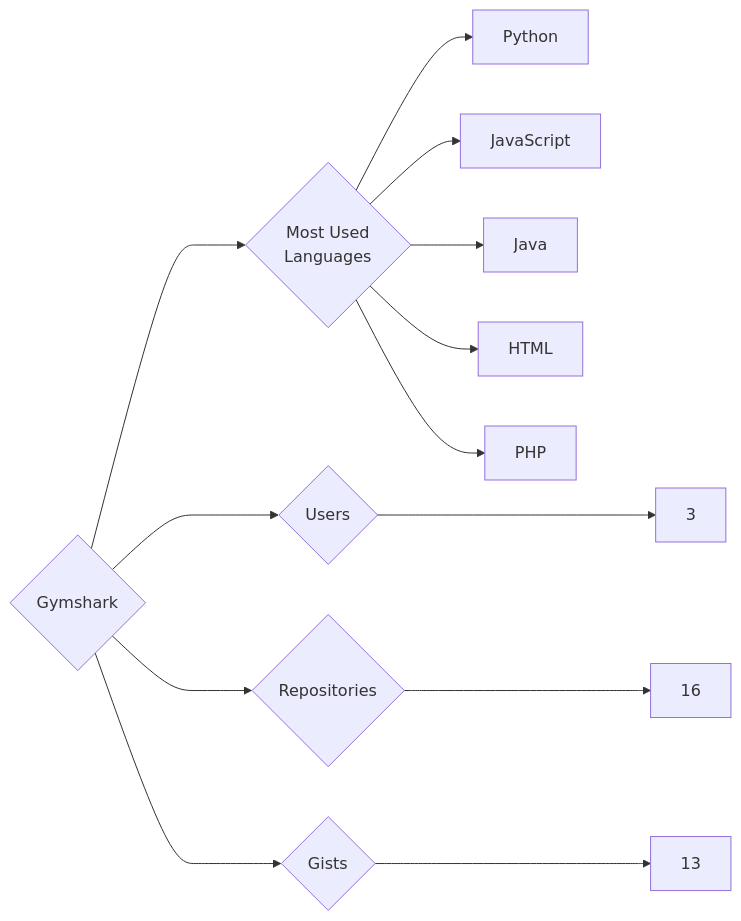
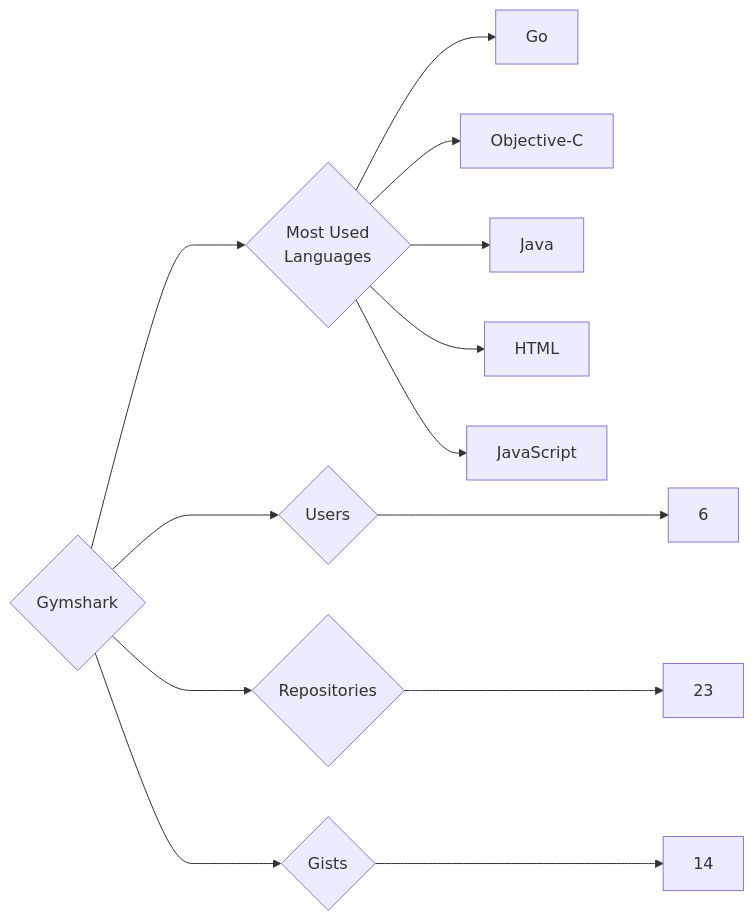
Before and after one commit to trickest/insiders: the diagram in targets/Gymshark/README.md, drawn with Mermaid. The commit also changed 1007 other files, not shown here.

````diff
--- a/targets/Gymshark/README.md
+++ b/targets/Gymshark/README.md
@@ -3,13 +3,13 @@
 ```mermaid
 graph LR
 COMPANY_NAME{Gymshark}
-COMPANY_NAME ---> U{Users} ---> UN[3]
-COMPANY_NAME ---> R{Repositories} ---> RN[16]
-COMPANY_NAME ---> G{Gists} ---> GN[13]
+COMPANY_NAME ---> U{Users} ---> UN[6]
+COMPANY_NAME ---> R{Repositories} ---> RN[23]
+COMPANY_NAME ---> G{Gists} ---> GN[14]
 COMPANY_NAME ---> ML{Most Used<br>Languages}
-ML --> Python[Python]
-ML --> JavaScript[JavaScript]
+ML --> Go[Go]
+ML --> Objective-C[Objective-C]
 ML --> Java[Java]
 ML --> HTML[HTML]
-ML --> PHP[PHP]
+ML --> JavaScript[JavaScript]
 ```
````
